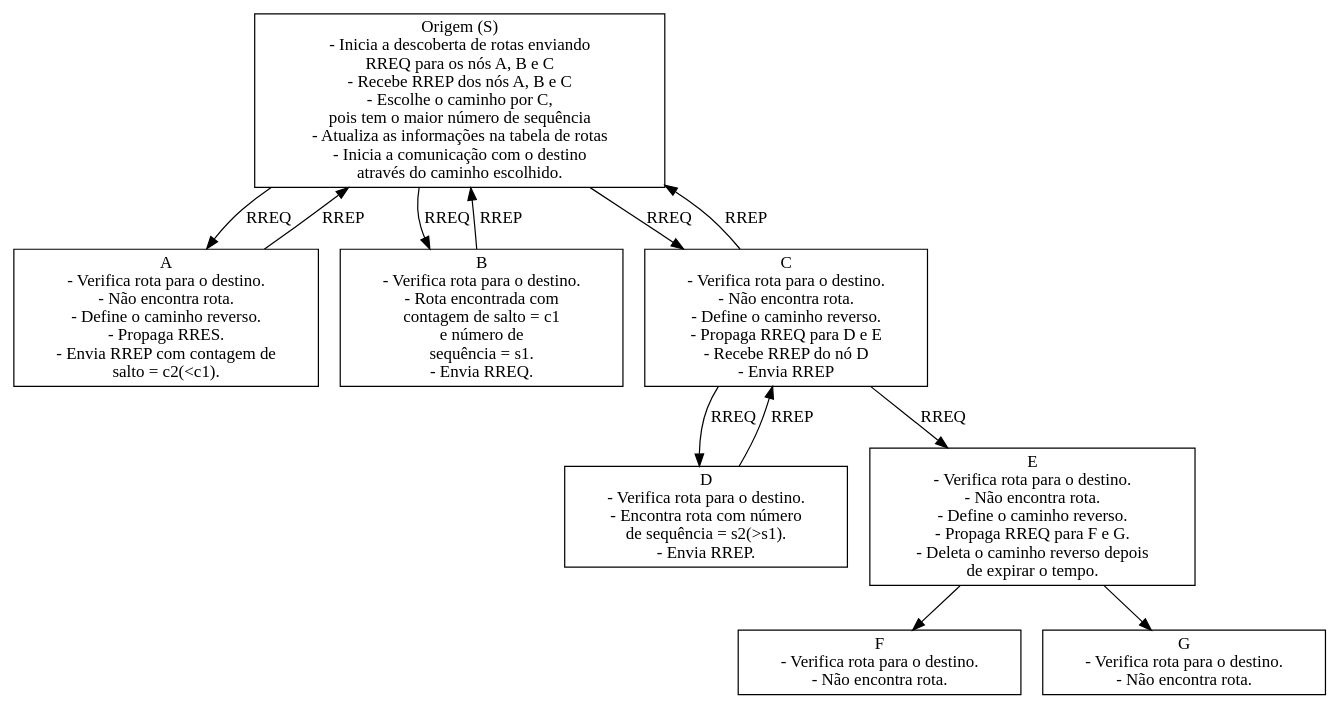
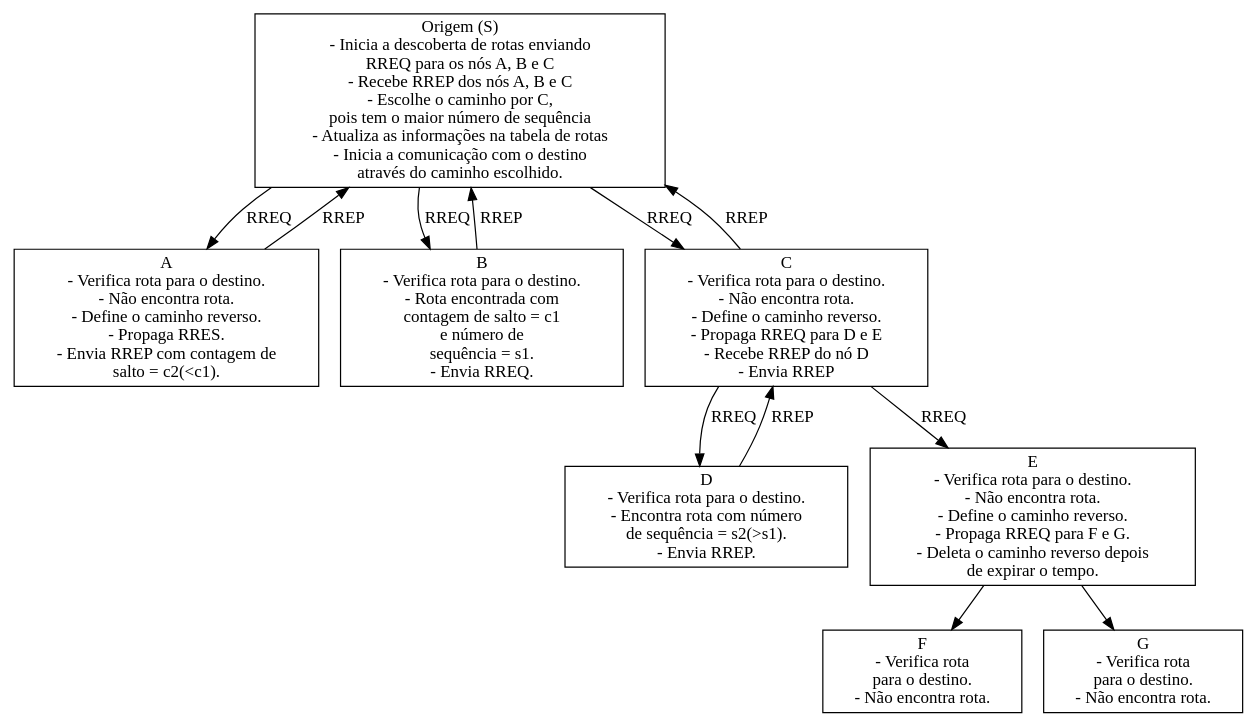
The diagram in doc/TCC/images-source/aodvOperation.dot (fabiosammy/TCC_NS2), drawn with Graphviz before and after one commit. The commit also changed 2 other files, not shown here.

```diff
--- a/doc/TCC/images-source/aodvOperation.dot
+++ b/doc/TCC/images-source/aodvOperation.dot
@@ -1,32 +1,32 @@
 digraph aodvOperation {
 
 	node[shape=box]
 	edge[len=5]
 	
 	S[label="Origem (S) \n - Inicia a descoberta de rotas enviando \nRREQ para os nós A, B e C \n - Recebe RREP dos nós A, B e C \n - Escolhe o caminho por C, \npois tem o maior número de sequência \n - Atualiza as informações na tabela de rotas \n - Inicia a comunicação com o destino \natravés do caminho escolhido."]
 	A[label="A \n - Verifica rota para o destino. \n - Não encontra rota. \n - Define o caminho reverso. \n - Propaga RRES. \n - Envia RREP com contagem de \nsalto = c2(<c1)."]
 	B[label="B \n - Verifica rota para o destino. \n - Rota encontrada com \ncontagem de salto = c1 \ne número de \nsequência = s1. \n - Envia RREQ."]
 	C[label="C \n - Verifica rota para o destino. \n - Não encontra rota. \n - Define o caminho reverso. \n - Propaga RREQ para D e E \n - Recebe RREP do nó D \n - Envia RREP"]
 	D[label="D \n - Verifica rota para o destino. \n - Encontra rota com número \nde sequência = s2(>s1). \n - Envia RREP."]
 	E[label="E \n - Verifica rota para o destino. \n - Não encontra rota. \n - Define o caminho reverso. \n - Propaga RREQ para F e G. \n - Deleta o caminho reverso depois \nde expirar o tempo. "]
-	F[label="F \n - Verifica rota para o destino. \n - Não encontra rota."]
-	G[label="G \n - Verifica rota para o destino. \n - Não encontra rota."]
+	F[label="F \n - Verifica rota \npara o destino. \n - Não encontra rota."]
+	G[label="G \n - Verifica rota \npara o destino. \n - Não encontra rota."]
 
 	S -> A[label="RREQ"]
 	A -> S[label="RREP"]
 
 	S -> B[label="RREQ"]
 	B -> S[label="RREP"]
 
 	S -> C[label="RREQ"]
 	C -> S[label="RREP"]
 
 	C -> D[label="RREQ"]
 	D -> C[label="RREP"]
 
 	C -> E[label="RREQ"]
 
 	E -> F
 	E -> G
 
 }
```
